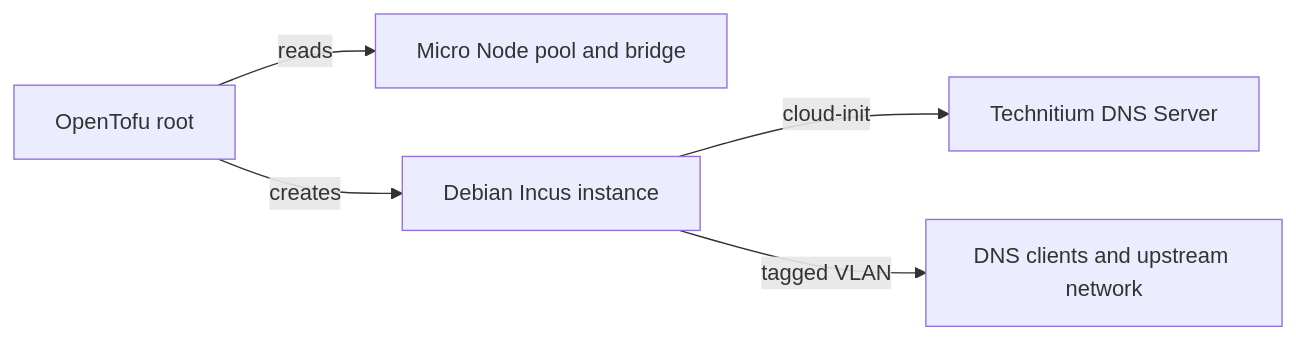
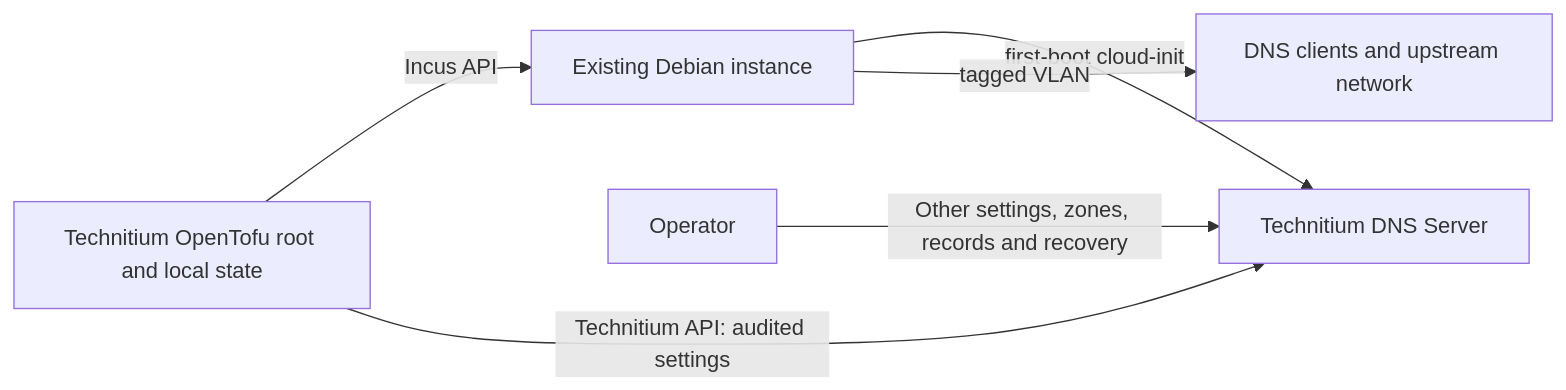
Before and after one commit to lexedwards/homelab: the diagram in services/technitium-dns/README.md, drawn with Mermaid. The commit also changed other lines of this file and 8 other files, not shown here.

First line of the commit message:
feat(technitium-dns): prepare existing server settings adoption (#2)

````diff
--- a/services/technitium-dns/README.md
+++ b/services/technitium-dns/README.md
@@ -64,7 +78,8 @@
 ```mermaid
 flowchart LR
-    T[OpenTofu root] -->|reads| H[Micro Node pool and bridge]
-    T -->|creates| I[Debian Incus instance]
-    I -->|cloud-init| D[Technitium DNS Server]
+    T[Technitium OpenTofu root and local state] -->|Incus API| I[Existing Debian instance]
+    I -->|first-boot cloud-init| D[Technitium DNS Server]
     I -->|tagged VLAN| N[DNS clients and upstream network]
+    T -->|Technitium API: audited settings| D
+    O[Operator] -->|Other settings, zones, records and recovery| D
 ```
````
